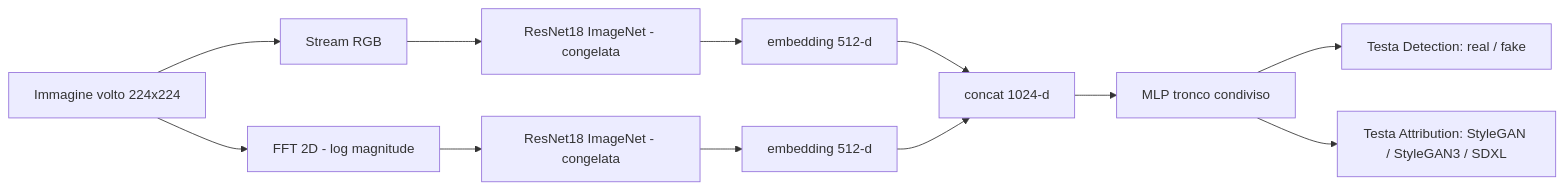
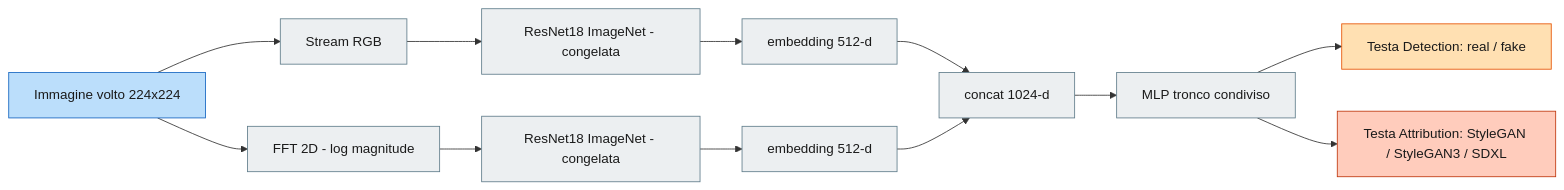
Before and after one commit to giuliopedicone02/MultimediaForensics: the first of 2 diagrams in Progetto/README.md, drawn with Mermaid. The commit also changed other lines of this file, not shown here.

Commit message:
Fix: diagrammi Mermaid del README leggibili (fill chiaro + testo scuro, palette coerente col report)

````diff
--- a/Progetto/README.md
+++ b/Progetto/README.md
@@ -32,14 +32,23 @@
 ```mermaid
 flowchart LR
     IMG[Immagine volto 224x224] --> RGB[Stream RGB]
     IMG --> FFT[FFT 2D - log magnitude]
     RGB --> RN1[ResNet18 ImageNet - congelata]
     FFT --> RN2[ResNet18 ImageNet - congelata]
     RN1 --> E1[embedding 512-d]
     RN2 --> E2[embedding 512-d]
     E1 --> CAT[concat 1024-d]
     E2 --> CAT
     CAT --> MLP[MLP tronco condiviso]
     MLP --> DET[Testa Detection: real / fake]
     MLP --> ATT[Testa Attribution: StyleGAN / StyleGAN3 / SDXL]
+
+    classDef io   fill:#bbdefb,stroke:#1565c0,color:#1a1a1a
+    classDef step fill:#eceff1,stroke:#607d8b,color:#1a1a1a
+    classDef det  fill:#ffe0b2,stroke:#e65100,color:#1a1a1a
+    classDef attr fill:#ffccbc,stroke:#bf360c,color:#1a1a1a
+    class IMG io
+    class RGB,FFT,RN1,RN2,E1,E2,CAT,MLP step
+    class DET det
+    class ATT attr
 ```
````
